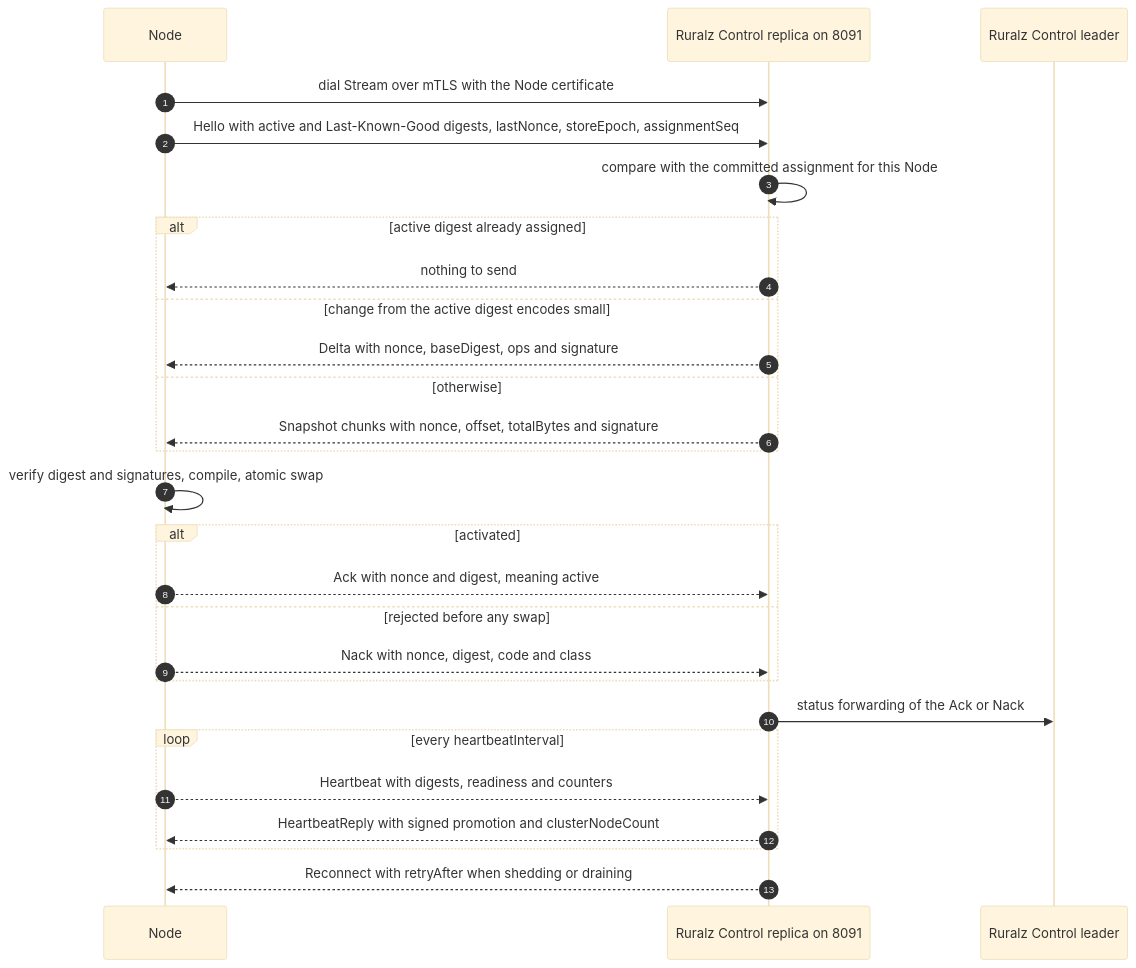
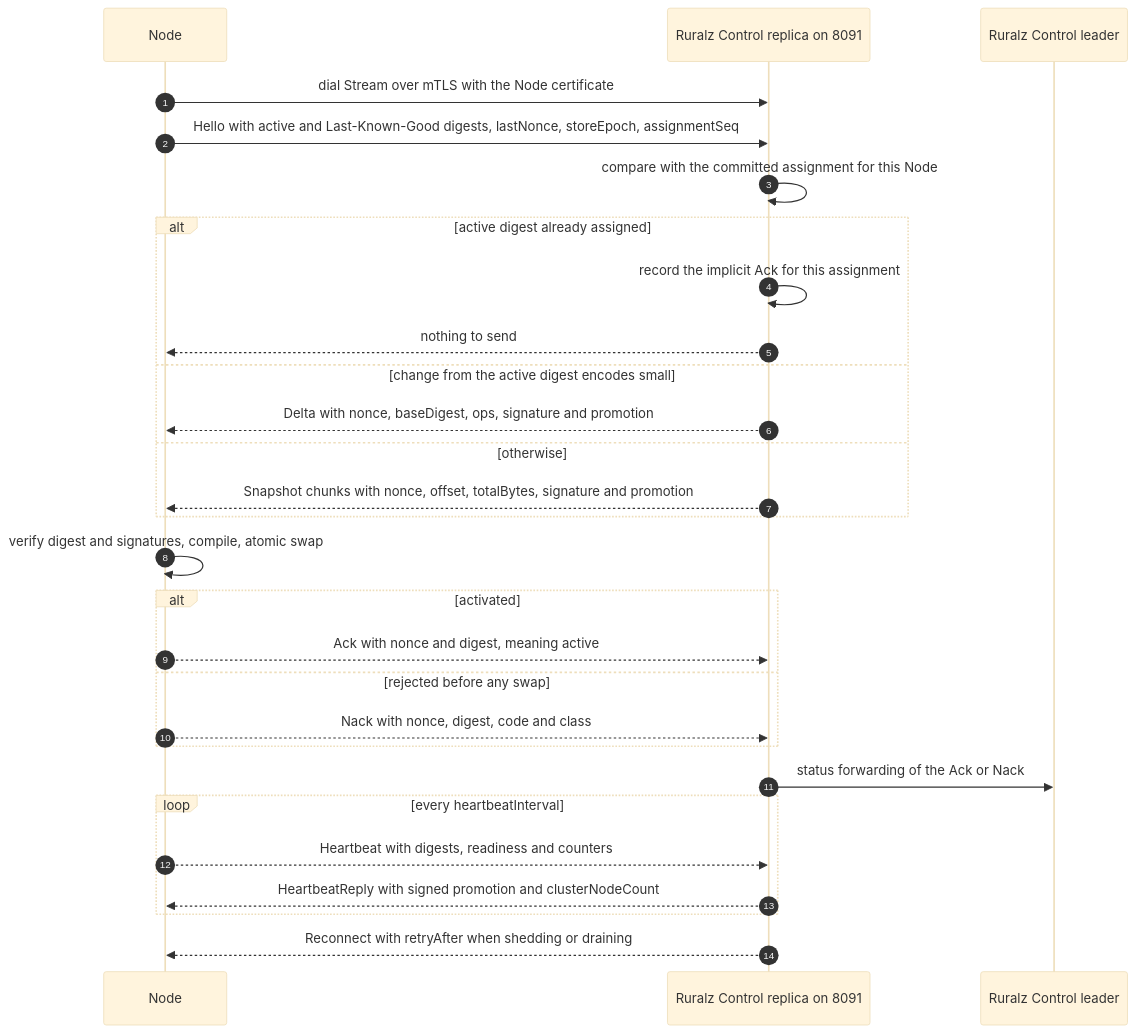
The first of 2 diagrams in docs/adr/0007-control-stream-protocol.md (ravindu-rev/ruralz), drawn with Mermaid (base theme) before and after one commit. The commit also changed other lines of this file and 24 other files, not shown here.

````diff
--- a/docs/adr/0007-control-stream-protocol.md
+++ b/docs/adr/0007-control-stream-protocol.md
@@ -62,29 +62,30 @@
 ```mermaid
 sequenceDiagram
     autonumber
     participant N as Node
     participant R as Ruralz Control replica on 8091
     participant L as Ruralz Control leader
     N->>R: dial Stream over mTLS with the Node certificate
     N->>R: Hello with active and Last-Known-Good digests, lastNonce, storeEpoch, assignmentSeq
     R->>R: compare with the committed assignment for this Node
     alt active digest already assigned
+        R->>R: record the implicit Ack for this assignment
         R-->>N: nothing to send
     else change from the active digest encodes small
-        R-->>N: Delta with nonce, baseDigest, ops and signature
+        R-->>N: Delta with nonce, baseDigest, ops, signature and promotion
     else otherwise
-        R-->>N: Snapshot chunks with nonce, offset, totalBytes and signature
+        R-->>N: Snapshot chunks with nonce, offset, totalBytes, signature and promotion
     end
     N->>N: verify digest and signatures, compile, atomic swap
     alt activated
         N-->>R: Ack with nonce and digest, meaning active
     else rejected before any swap
         N-->>R: Nack with nonce, digest, code and class
     end
     R->>L: status forwarding of the Ack or Nack
     loop every heartbeatInterval
         N-->>R: Heartbeat with digests, readiness and counters
         R-->>N: HeartbeatReply with signed promotion and clusterNodeCount
     end
     R-->>N: Reconnect with retryAfter when shedding or draining
 ```
````
